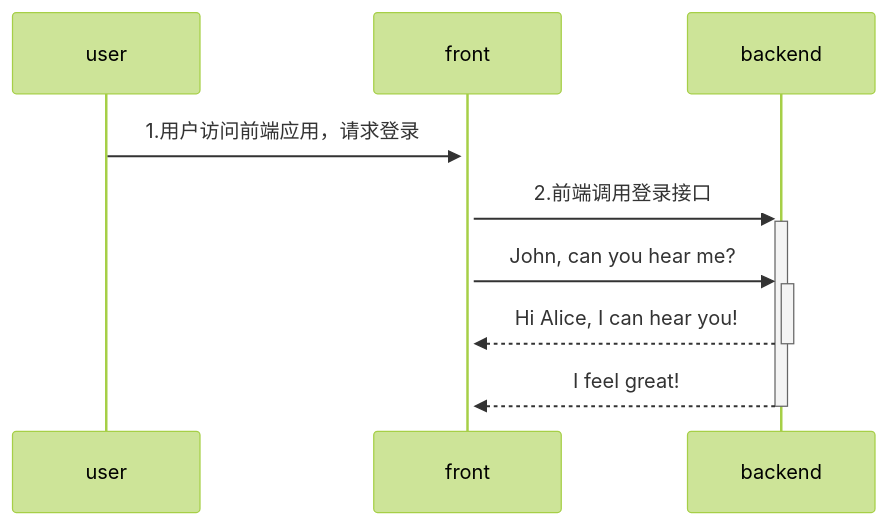
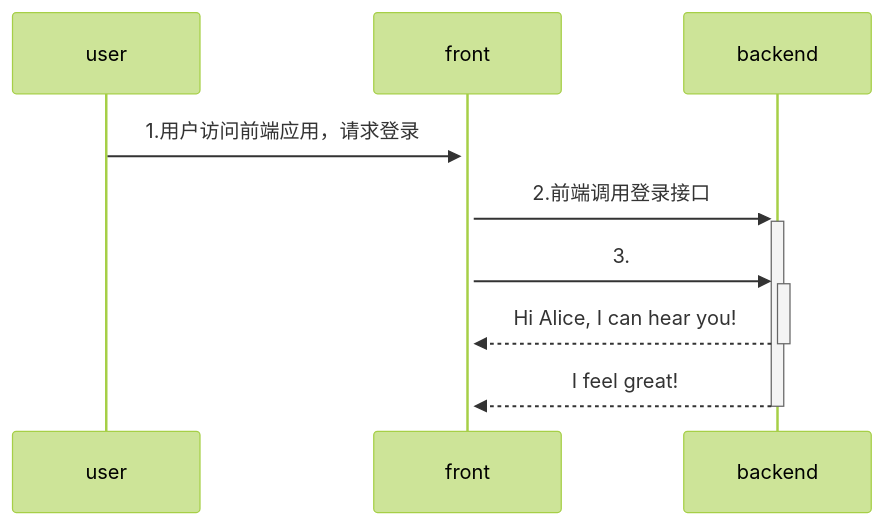
Before and after one commit to yingjianzh/iodraw-files: the diagram in all/未命名-4.md, drawn with Mermaid (forest theme).

Commit message:
2024-08-02 17:34:59 update

````diff
--- a/all/未命名-4.md
+++ b/all/未命名-4.md
@@ -1,9 +1,9 @@
 ```mermaid
 sequenceDiagram
     user->>+front: 1.用户访问前端应用，请求登录
     front->>+backend: 2.前端调用登录接口
-    front->>+backend: John, can you hear me?
+    front->>+backend: 3.
     backend-->>-front: Hi Alice, I can hear you!
     backend-->>-front: I feel great!
             
 ```
````
